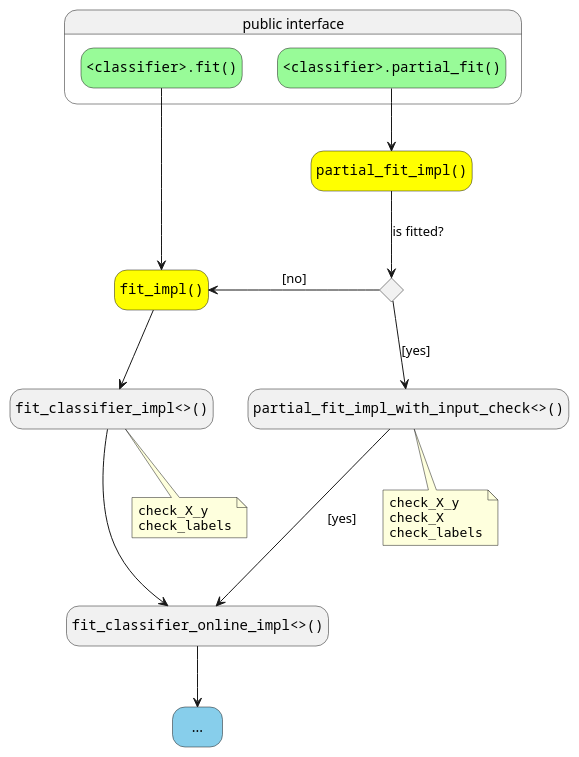
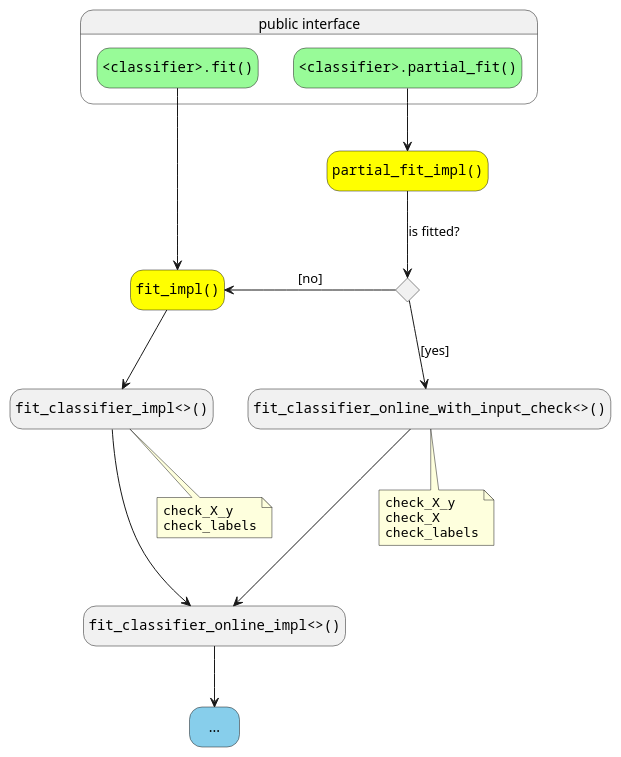
One commit to WojciechMigda/Tsetlini changed the first of 2 diagrams in docs/internals/implementation.rst. Above: the diagram before and after it, drawn with PlantUML. The commit also changed other lines of this file and 1 other file, not shown here.

First line of the commit message:
Move input response values check away from fit_regressor_online_impl

```diff
--- a/docs/internals/implementation.rst
+++ b/docs/internals/implementation.rst
@@ -28,35 +28,35 @@
 .. uml::
    :caption: Portion of Classifier's call trace
 
    hide empty description
    state "public interface" as public_interface {
       state "<font:courier><classifier>.fit()" as fit #palegreen
       state "<font:courier><classifier>.partial_fit()" as partial_fit #palegreen
    }
    state "<font:courier>fit_impl()" as fit_impl #yellow
-   state "<font:courier>partial_fit_impl_with_input_check<>()" as partial_fit_impl_with_input_check
+   state "<font:courier>fit_classifier_online_with_input_check<>()" as fit_classifier_online_with_input_check
    state "<font:courier>fit_classifier_impl<>()" as fit_classifier_impl
    state "<font:courier>partial_fit_impl()" as partial_fit_impl #yellow
    state "<font:courier>fit_classifier_online_impl<>()" as fit_classifier_online_impl
    state "..." as ellipsis #skyblue
 
    state is_fitted <<choice>>
 
    fit --> fit_impl
    partial_fit --> partial_fit_impl
    partial_fit_impl --> is_fitted : is fitted?
    is_fitted -left-> fit_impl : [no]
-   is_fitted --> partial_fit_impl_with_input_check : [yes]
-   partial_fit_impl_with_input_check ---> fit_classifier_online_impl : [yes]
-   note bottom of partial_fit_impl_with_input_check
+   is_fitted --> fit_classifier_online_with_input_check : [yes]
+   fit_classifier_online_with_input_check ---> fit_classifier_online_impl
+   note bottom of fit_classifier_online_with_input_check
      ""check_X_y""
      ""check_X""
      ""check_labels""
    end note
    fit_impl --> fit_classifier_impl
    fit_classifier_impl ---> fit_classifier_online_impl
    note bottom of fit_classifier_impl
      ""check_X_y""
      ""check_labels""
    end note
    fit_classifier_online_impl --> ellipsis
```
